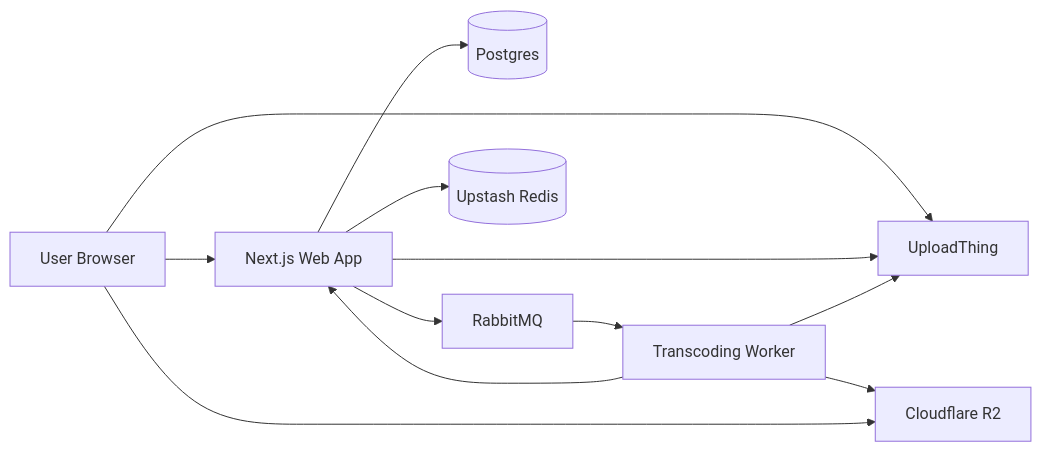
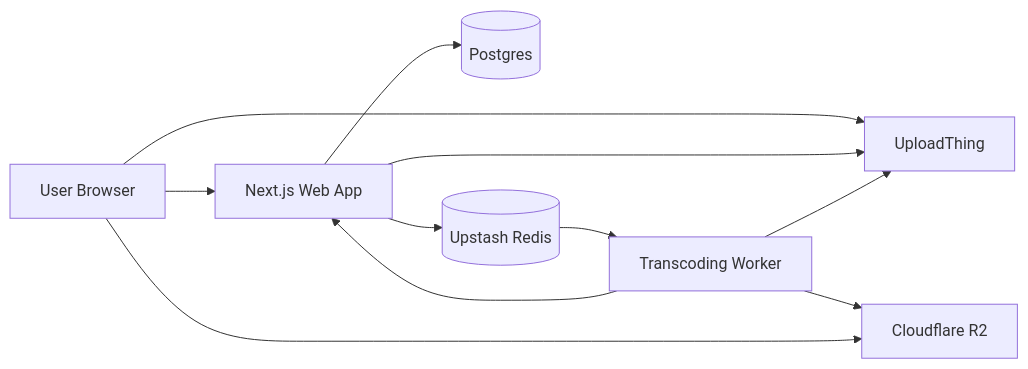
Before and after one commit to tanav29/vidora: the diagram in docs/deployment.md, drawn with Mermaid. The commit also changed other lines of this file and 12 other files, not shown here.

````diff
--- a/docs/deployment.md
+++ b/docs/deployment.md
@@ -15,23 +14,21 @@
 ```mermaid
 flowchart LR
     U[User Browser]
     W[Next.js Web App]
     DB[(Postgres)]
-    MQ[RabbitMQ]
     RS[(Upstash Redis)]
     UT[UploadThing]
     WK[Transcoding Worker]
     R2[Cloudflare R2]
 
     U --> W
     W --> DB
-    W --> MQ
     U --> UT
     W --> UT
     W --> RS
-    MQ --> WK
+    RS --> WK
     WK --> UT
     WK --> R2
     WK --> W
     U --> R2
 ```
````
